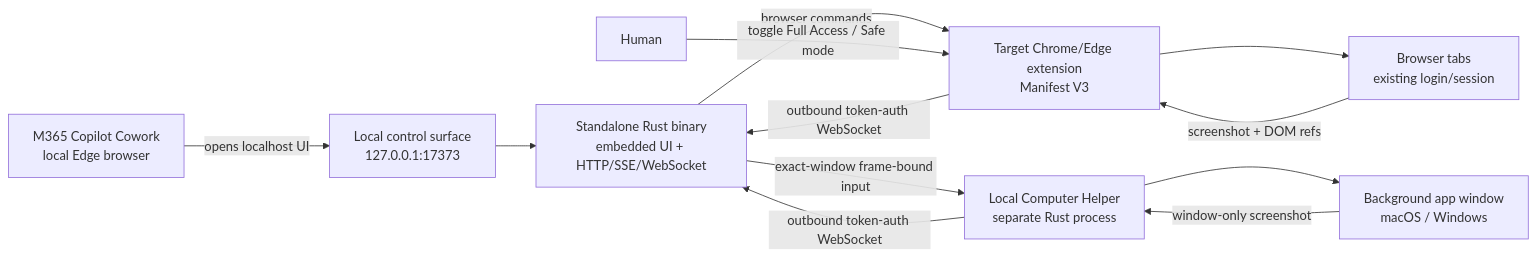
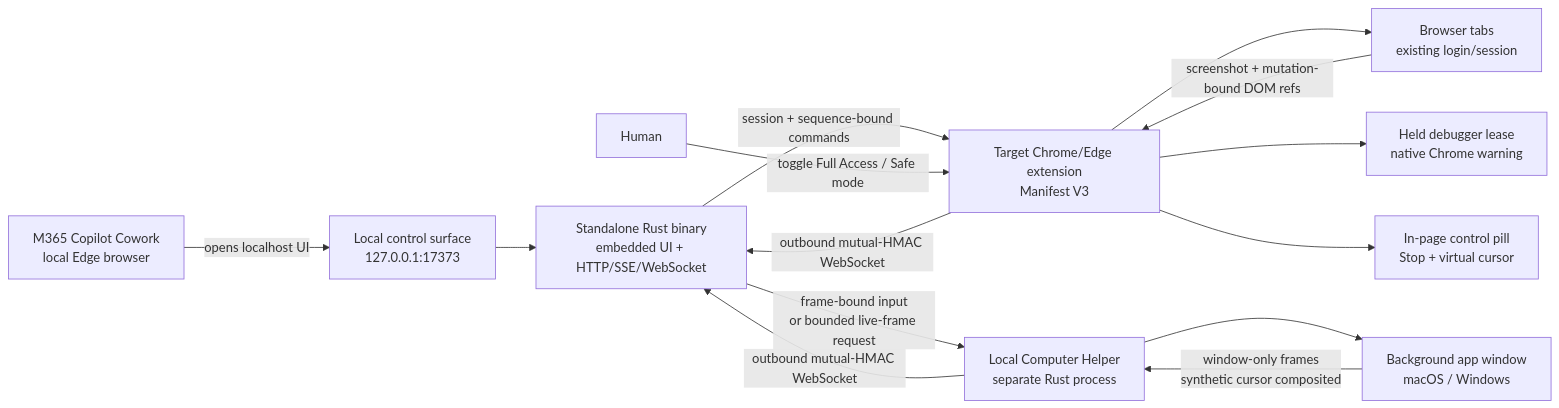
Before and after one commit to flrngel/local-browser-bridge: the diagram in README.md, drawn with Mermaid. The commit also changed other lines of this file and 65 other files, not shown here.

Commit message:
feat: harden browser and computer control for v0.9

````diff
--- a/README.md
+++ b/README.md
@@ -33,14 +39,16 @@
 ```mermaid
 flowchart LR
   A["M365 Copilot Cowork<br/>local Edge browser"] -->|"opens localhost UI"| B["Local control surface<br/>127.0.0.1:17373"]
   B --> C["Standalone Rust binary<br/>embedded UI + HTTP/SSE/WebSocket"]
-  D["Target Chrome/Edge extension<br/>Manifest V3"] -->|"outbound token-auth WebSocket"| C
-  C -->|"browser commands"| D
+  D["Target Chrome/Edge extension<br/>Manifest V3"] -->|"outbound mutual-HMAC WebSocket"| C
+  C -->|"session + sequence-bound commands"| D
   D --> E["Browser tabs<br/>existing login/session"]
-  E -->|"screenshot + DOM refs"| D
-  G["Local Computer Helper<br/>separate Rust process"] -->|"outbound token-auth WebSocket"| C
-  C -->|"exact-window frame-bound input"| G
+  D --> I["Held debugger lease<br/>native Chrome warning"]
+  D --> J["In-page control pill<br/>Stop + virtual cursor"]
+  E -->|"screenshot + mutation-bound DOM refs"| D
+  G["Local Computer Helper<br/>separate Rust process"] -->|"outbound mutual-HMAC WebSocket"| C
+  C -->|"frame-bound input<br/>or bounded live-frame request"| G
   G --> H["Background app window<br/>macOS / Windows"]
-  H -->|"window-only screenshot"| G
+  H -->|"window-only frames<br/>synthetic cursor composited"| G
   F["Human"] -->|"toggle Full Access / Safe mode"| D
 ```
````
